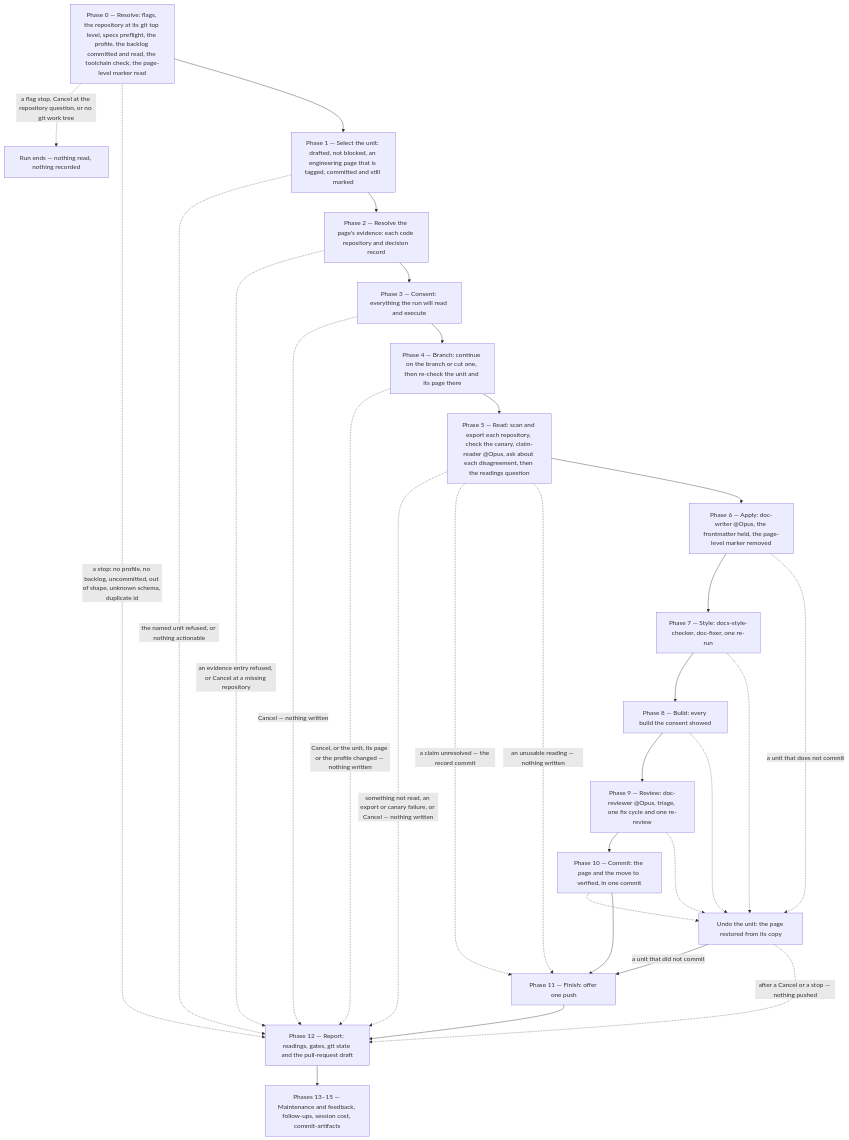
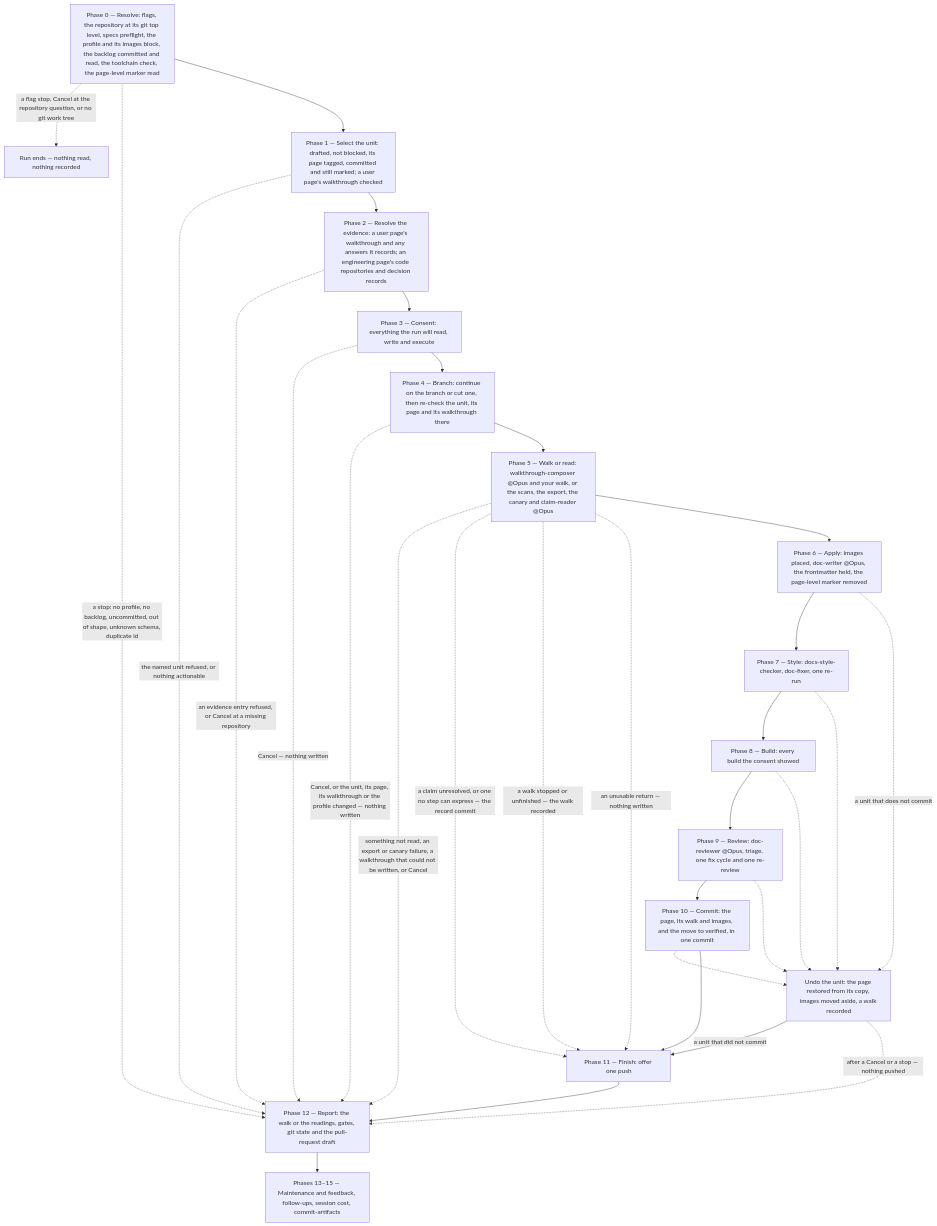
Before and after one commit to ihudak/ai-workflows: the diagram in plugins/docs-workflows/docs/commands/docs-verify.md, drawn with Mermaid. The commit also changed other lines of this file and 4 other files, not shown here.

````diff
--- a/plugins/docs-workflows/docs/commands/docs-verify.md
+++ b/plugins/docs-workflows/docs/commands/docs-verify.md
@@ -44,33 +49,34 @@
 ```mermaid
 flowchart TD
-    p0["Phase 0 — Resolve: flags, the repository at its git top level, specs preflight, the profile, the backlog committed and read, the toolchain check, the page-level marker read"]
+    p0["Phase 0 — Resolve: flags, the repository at its git top level, specs preflight, the profile and its images block, the backlog committed and read, the toolchain check, the page-level marker read"]
     p0 -.->|"a flag stop, Cancel at the repository question, or no git work tree"| runend["Run ends — nothing read, nothing recorded"]
     p0 -.->|"a stop: no profile, no backlog, uncommitted, out of shape, unknown schema, duplicate id"| p12
-    p0 --> p1["Phase 1 — Select the unit: drafted, not blocked, an engineering page that is tagged, committed and still marked"]
+    p0 --> p1["Phase 1 — Select the unit: drafted, not blocked, its page tagged, committed and still marked; a user page's walkthrough checked"]
     p1 -.->|"the named unit refused, or nothing actionable"| p12
-    p1 --> p2["Phase 2 — Resolve the page's evidence: each code repository and decision record"]
+    p1 --> p2["Phase 2 — Resolve the evidence: a user page's walkthrough and any answers it records; an engineering page's code repositories and decision records"]
     p2 -.->|"an evidence entry refused, or Cancel at a missing repository"| p12
-    p2 --> p3["Phase 3 — Consent: everything the run will read and execute"]
+    p2 --> p3["Phase 3 — Consent: everything the run will read, write and execute"]
     p3 -.->|"Cancel — nothing written"| p12
-    p3 --> p4["Phase 4 — Branch: continue on the branch or cut one, then re-check the unit and its page there"]
-    p4 -.->|"Cancel, or the unit, its page or the profile changed — nothing written"| p12
-    p4 --> p5["Phase 5 — Read: scan and export each repository, check the canary, claim-reader @Opus, ask about each disagreement, then the readings question"]
-    p5 -.->|"something not read, an export or canary failure, or Cancel — nothing written"| p12
-    p5 -.->|"a claim unresolved — the record commit"| p11
-    p5 -.->|"an unusable reading — nothing written"| p11
-    p5 --> p6["Phase 6 — Apply: doc-writer @Opus, the frontmatter held, the page-level marker removed"]
+    p3 --> p4["Phase 4 — Branch: continue on the branch or cut one, then re-check the unit, its page and its walkthrough there"]
+    p4 -.->|"Cancel, or the unit, its page, its walkthrough or the profile changed — nothing written"| p12
+    p4 --> p5["Phase 5 — Walk or read: walkthrough-composer @Opus and your walk, or the scans, the export, the canary and claim-reader @Opus"]
+    p5 -.->|"something not read, an export or canary failure, a walkthrough that could not be written, or Cancel"| p12
+    p5 -.->|"a claim unresolved, or one no step can express — the record commit"| p11
+    p5 -.->|"a walk stopped or unfinished — the walk recorded"| p11
+    p5 -.->|"an unusable return — nothing written"| p11
+    p5 --> p6["Phase 6 — Apply: images placed, doc-writer @Opus, the frontmatter held, the page-level marker removed"]
     p6 --> p7["Phase 7 — Style: docs-style-checker, doc-fixer, one re-run"]
     p7 --> p8["Phase 8 — Build: every build the consent showed"]
     p8 --> p9["Phase 9 — Review: doc-reviewer @Opus, triage, one fix cycle and one re-review"]
-    p9 --> p10["Phase 10 — Commit: the page and the move to verified, in one commit"]
-    p6 -.->|"a unit that does not commit"| undo["Undo the unit: the page restored from its copy"]
+    p9 --> p10["Phase 10 — Commit: the page, its walk and images, and the move to verified, in one commit"]
+    p6 -.->|"a unit that does not commit"| undo["Undo the unit: the page restored from its copy, images moved aside, a walk recorded"]
     p7 -.-> undo
     p8 -.-> undo
     p9 -.-> undo
     p10 -.-> undo
     undo -->|"a unit that did not commit"| p11
     undo -.->|"after a Cancel or a stop — nothing pushed"| p12
     p10 --> p11["Phase 11 — Finish: offer one push"]
-    p11 --> p12["Phase 12 — Report: readings, gates, git state and the pull-request draft"]
+    p11 --> p12["Phase 12 — Report: the walk or the readings, gates, git state and the pull-request draft"]
     p12 --> tail["Phases 13–15 — Maintenance and feedback, follow-ups, session cost, commit-artifacts"]
 ```
````
